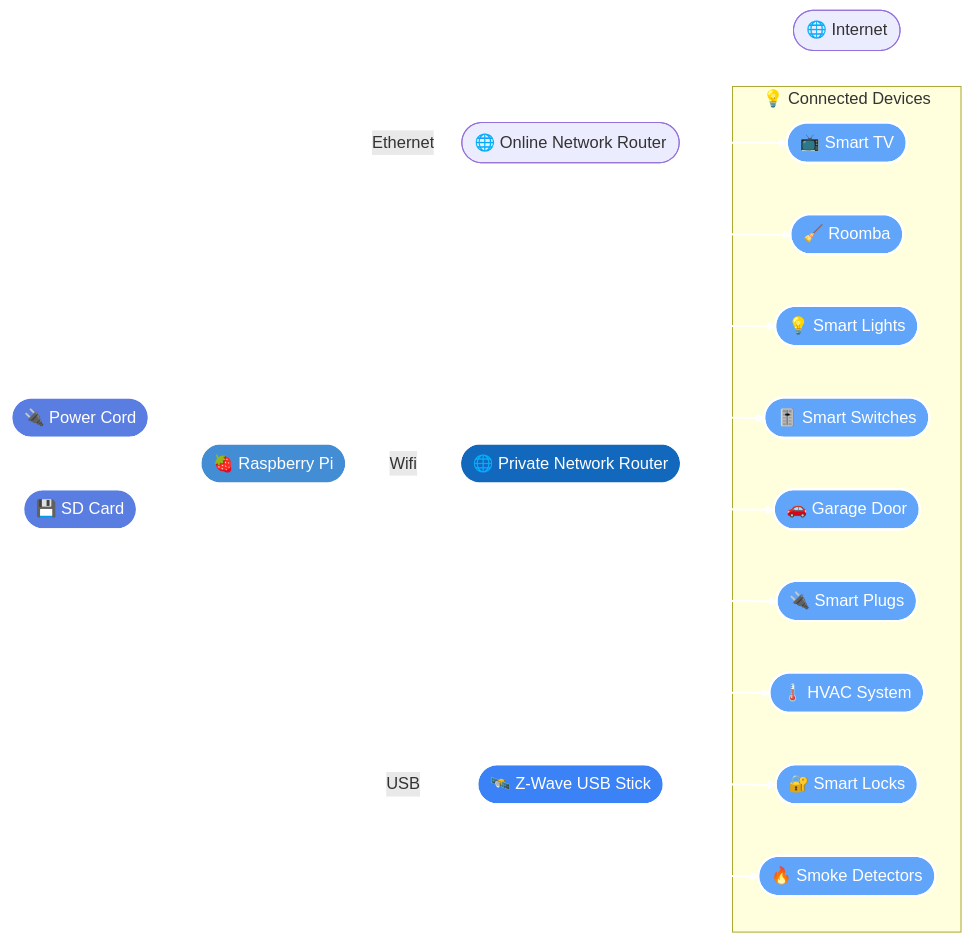
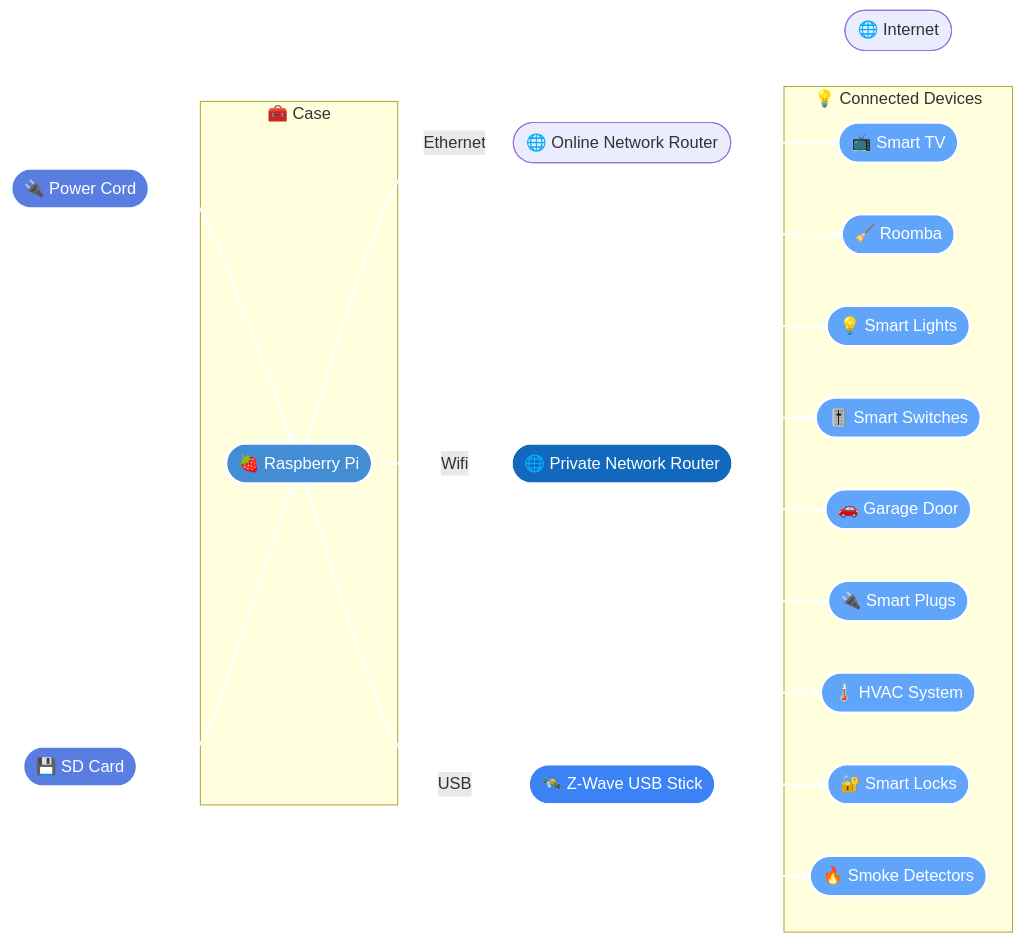
One commit to lauren-cordova/home-assistant changed the diagram in README.md. Above: the diagram before and after it, drawn with Mermaid.

Commit message:
Update README.md
Added case to architecture diagram for RPi

````diff
--- a/README.md
+++ b/README.md
@@ -24,51 +24,54 @@
 ```mermaid
 flowchart LR
     PWR([🔌 Power Cord])
     SD([💾 SD Card])
-    PI(["🍓 Raspberry Pi"])
     ONET([🌐 Online Network Router])
     NET([🌐 Private Network Router])
     INET([🌐 Internet])
     ZW(["🛰️ Z-Wave USB Stick"])
+
+    subgraph Case [🧰 Case]
+        PI(["🍓 Raspberry Pi"])
+    end
 
     subgraph Devices [💡 Connected Devices]
         Lights([💡 Smart Lights])
         Switches([🎚️ Smart Switches])
         Locks([🔐 Smart Locks])
         Garage([🚗 Garage Door])
         TV([📺 Smart TV])
         HVAC([🌡️ HVAC System])
         Smoke([🔥 Smoke Detectors])
         Plugs([🔌 Smart Plugs])
         Roomba([🧹 Roomba])
     end
 
     PWR --> PI
     SD --> PI
     PI --> |Ethernet| ONET
     PI --> |Wifi| NET
     PI --> |USB| ZW
     ONET --> INET
 
     ONET --> TV
     ONET --> Roomba
     ZW --> HVAC
 
     NET --> Lights
     NET --> Switches
     ZW --> Locks
     NET --> Garage
     ZW --> Smoke
     NET --> Plugs
 
     style PWR fill:#5a7de2,stroke:#fff,stroke-width:2px,color:#fff
     style SD fill:#5a7de2,stroke:#fff,stroke-width:2px,color:#fff
     style PI fill:#438dd5,stroke:#fff,stroke-width:2px,color:#fff
     style NET fill:#1168bd,stroke:#fff,stroke-width:2px,color:#fff
     style ZW fill:#3b82f6,stroke:#fff,stroke-width:2px,color:#fff
 
     classDef device fill:#60a5fa,stroke:#fff,stroke-width:2px,color:#fff
     class Lights,Switches,Locks,Garage,TV,HVAC,Smoke,Plugs,Roomba device
 
     linkStyle default stroke:#fff,stroke-width:2px
 ```
````
